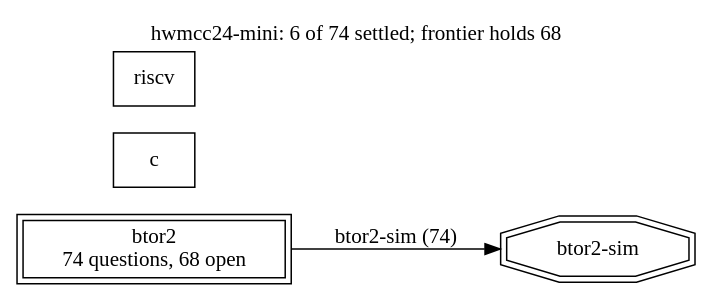
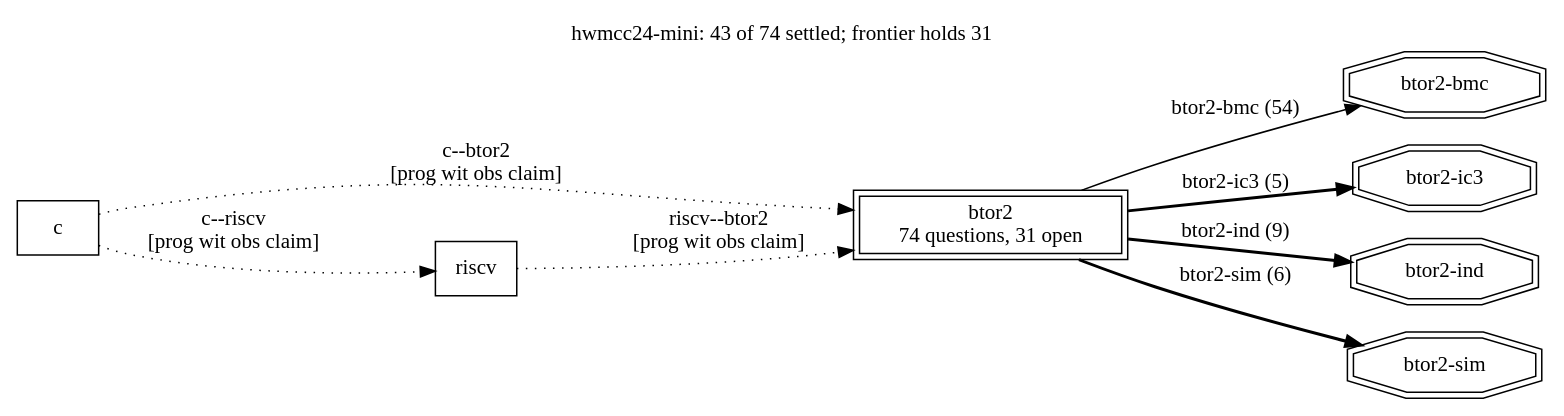
Before and after one commit to cksystemsgroup/hurdy-gurdy: the diagram in runs/hwmcc24-mini/frontier.dot, drawn with Graphviz. The commit also changed 2 other files, not shown here.

Commit message:
Hardware's board after three plays: forty-three of seventy-four settled, fourteen universal answers certified at gap zero by the judges alone — the searches that found them no longer in the trust — and one officially unsolved question among them
Claude-Session: https://claude.ai/code/session_01S8YYDbeU1nMTCvsnbS9zpd

```diff
--- a/runs/hwmcc24-mini/frontier.dot
+++ b/runs/hwmcc24-mini/frontier.dot
@@ -1,10 +1,19 @@
 digraph "hwmcc24-mini" {
   rankdir=LR; labelloc=t;
-  label="hwmcc24-mini: 6 of 74 settled; frontier holds 68";
+  label="hwmcc24-mini: 43 of 74 settled; frontier holds 31";
   node [shape=box];
-  "btor2" [peripheries=2, label="btor2\n74 questions, 68 open"];
+  "btor2" [peripheries=2, label="btor2\n74 questions, 31 open"];
   "c";
   "riscv";
+  "c" -> "btor2" [style=dotted, label="c--btor2\n[prog wit obs claim]"];
+  "c" -> "riscv" [style=dotted, label="c--riscv\n[prog wit obs claim]"];
+  "riscv" -> "btor2" [style=dotted, label="riscv--btor2\n[prog wit obs claim]"];
+  "search:btor2-bmc" [shape=doubleoctagon, label="btor2-bmc"];
+  "btor2" -> "search:btor2-bmc" [style=solid, label="btor2-bmc (54)"];
+  "search:btor2-ic3" [shape=doubleoctagon, label="btor2-ic3"];
+  "btor2" -> "search:btor2-ic3" [style=bold, label="btor2-ic3 (5)"];
+  "search:btor2-ind" [shape=doubleoctagon, label="btor2-ind"];
+  "btor2" -> "search:btor2-ind" [style=bold, label="btor2-ind (9)"];
   "search:btor2-sim" [shape=doubleoctagon, label="btor2-sim"];
-  "btor2" -> "search:btor2-sim" [style=solid, label="btor2-sim (74)"];
+  "btor2" -> "search:btor2-sim" [style=bold, label="btor2-sim (6)"];
 }
```
